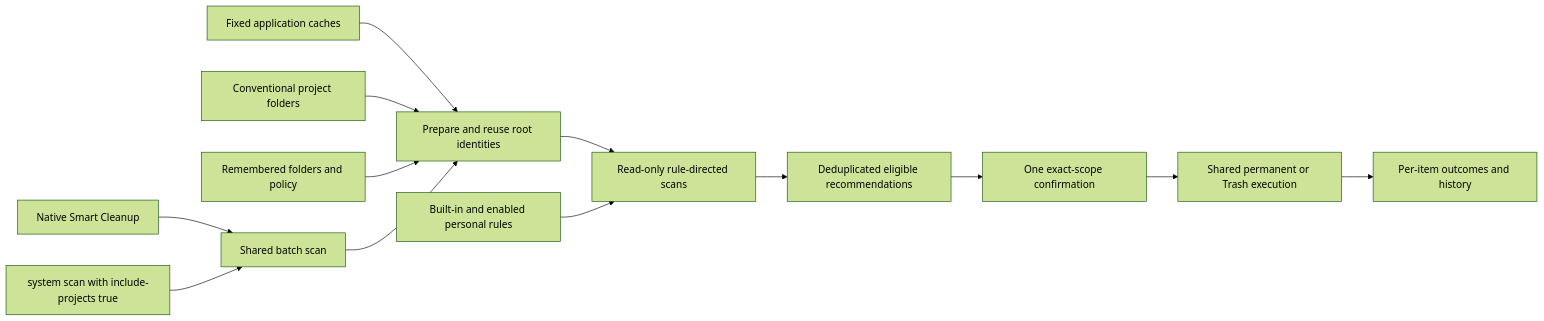
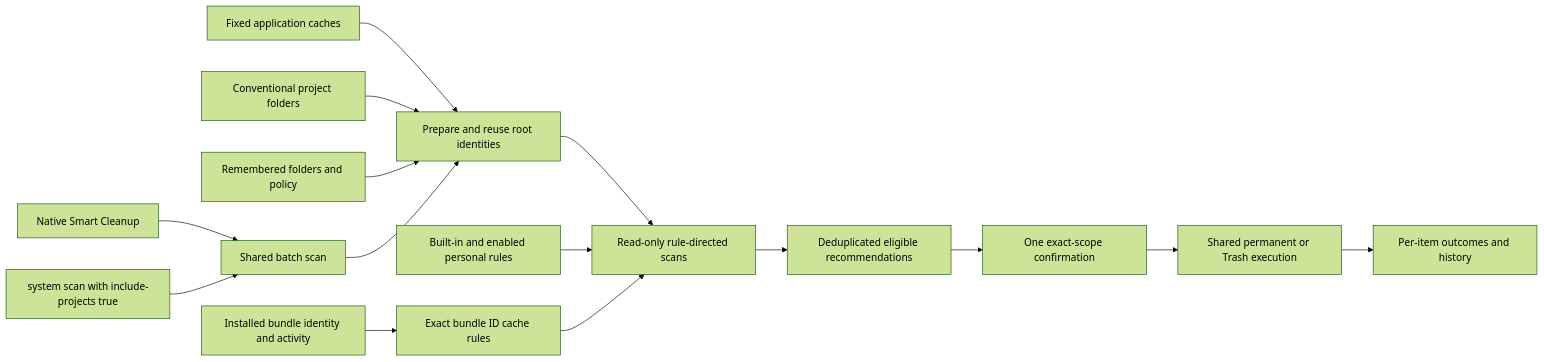
Before and after one commit to limecloud/shou: the first of 3 diagrams in docs/product/unified-cleanup.md, drawn with Mermaid (forest theme). The commit also changed other lines of this file and 18 other files, not shown here.

````diff
--- a/docs/product/unified-cleanup.md
+++ b/docs/product/unified-cleanup.md
@@ -35,15 +43,17 @@
 ```mermaid
 flowchart LR
   Desktop[Native Smart Cleanup] --> Batch[Shared batch scan]
   CLI[system scan with include-projects true] --> Batch
   Fixed[Fixed application caches] --> Roots[Prepare and reuse root identities]
   Hints[Conventional project folders] --> Roots
   Saved[Remembered folders and policy] --> Roots
   Batch --> Roots
   Roots --> Scan[Read-only rule-directed scans]
   Rules[Built-in and enabled personal rules] --> Scan
+  Apps[Installed bundle identity and activity] --> Generic[Exact bundle ID cache rules]
+  Generic --> Scan
   Scan --> Review[Deduplicated eligible recommendations]
   Review --> Confirm[One exact-scope confirmation]
   Confirm --> Execute[Shared permanent or Trash execution]
   Execute --> History[Per-item outcomes and history]
 ```
````
